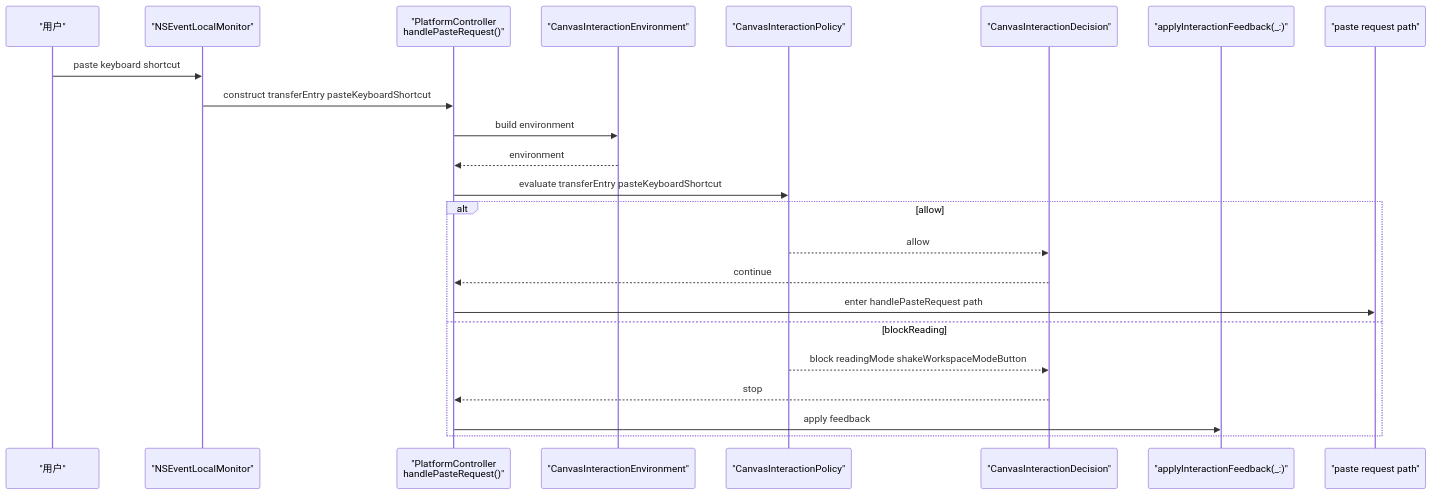
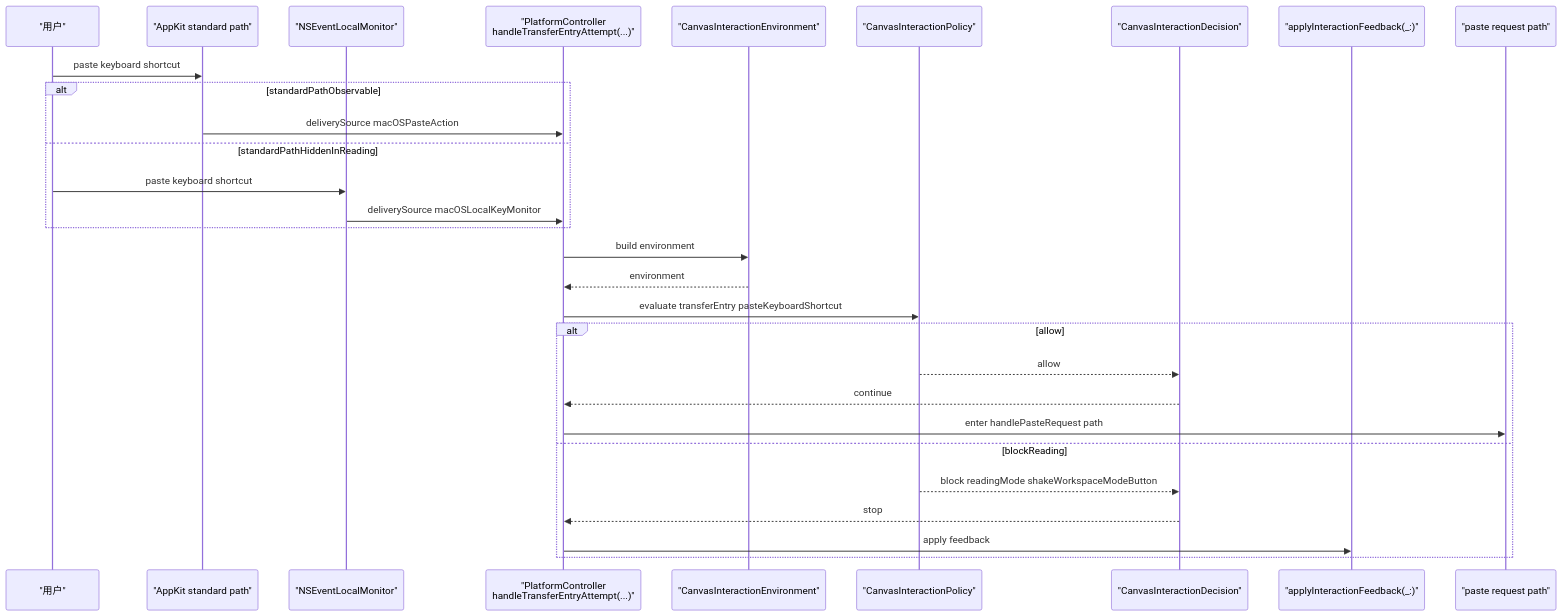
One commit to ShaunCheh/MyCanvas_Ver_0 changed the fifth of 8 diagrams in .cursor/plans/方案4输入意图收敛_b466a267.plan.md. Above: the diagram before and after it, drawn with Mermaid. The commit also changed other lines of this file, not shown here.

````diff
--- a/.cursor/plans/方案4输入意图收敛_b466a267.plan.md
+++ b/.cursor/plans/方案4输入意图收敛_b466a267.plan.md
@@ -300,27 +341,33 @@
 ```mermaid
 %% .cursor/plans/方案4输入意图收敛_b466a267.plan.md
 sequenceDiagram
     participant User as "用户"
+    participant AppKit as "AppKit standard path"
     participant KeyMonitor as "NSEventLocalMonitor"
-    participant PlatformController as "PlatformController<br/>handlePasteRequest()"
+    participant NormalizedEntry as "PlatformController<br/>handleTransferEntryAttempt(...)"
     participant Environment as "CanvasInteractionEnvironment"
     participant Policy as "CanvasInteractionPolicy"
     participant Decision as "CanvasInteractionDecision"
     participant FeedbackBridge as "applyInteractionFeedback(_:)"
     participant PastePath as "paste request path"
 
-    User->>KeyMonitor: paste keyboard shortcut
-    KeyMonitor->>PlatformController: construct transferEntry pasteKeyboardShortcut
-    PlatformController->>Environment: build environment
-    Environment-->>PlatformController: environment
-    PlatformController->>Policy: evaluate transferEntry pasteKeyboardShortcut
+    User->>AppKit: paste keyboard shortcut
+    alt standardPathObservable
+        AppKit->>NormalizedEntry: deliverySource macOSPasteAction
+    else standardPathHiddenInReading
+        User->>KeyMonitor: paste keyboard shortcut
+        KeyMonitor->>NormalizedEntry: deliverySource macOSLocalKeyMonitor
+    end
+    NormalizedEntry->>Environment: build environment
+    Environment-->>NormalizedEntry: environment
+    NormalizedEntry->>Policy: evaluate transferEntry pasteKeyboardShortcut
     alt allow
         Policy-->>Decision: allow
-        Decision-->>PlatformController: continue
-        PlatformController->>PastePath: enter handlePasteRequest path
+        Decision-->>NormalizedEntry: continue
+        NormalizedEntry->>PastePath: enter handlePasteRequest path
     else blockReading
         Policy-->>Decision: block readingMode shakeWorkspaceModeButton
-        Decision-->>PlatformController: stop
-        PlatformController->>FeedbackBridge: apply feedback
+        Decision-->>NormalizedEntry: stop
+        NormalizedEntry->>FeedbackBridge: apply feedback
     end
 ```
````
